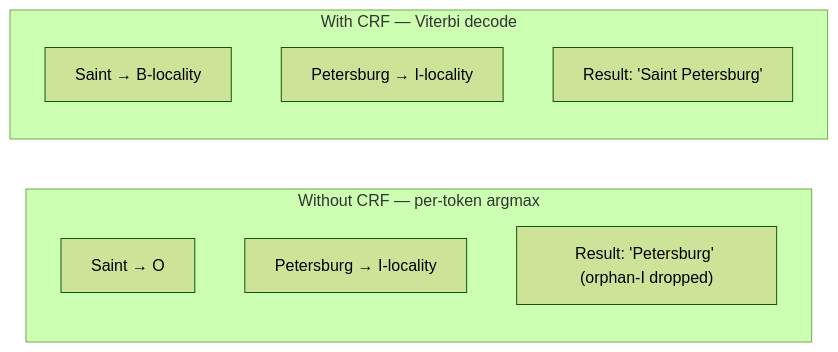
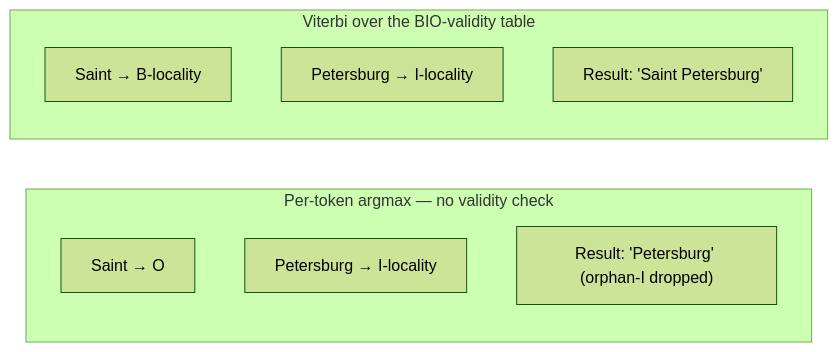
One commit to sister-software/mailwoman changed the diagram in docs/articles/concepts/bio-labels.mdx. Above: the diagram before and after it, drawn with Mermaid (forest theme). The commit also changed other lines of this file and 408 other files, not shown here.

````diff
--- a/docs/articles/concepts/bio-labels.mdx
+++ b/docs/articles/concepts/bio-labels.mdx
@@ -102,13 +114,13 @@
 ```mermaid
 flowchart LR
-    subgraph A[Without CRF — per-token argmax]
+    subgraph A[Per-token argmax — no validity check]
         A1["Saint → O"]
         A2["Petersburg → I-locality"]
         A3["Result: 'Petersburg' (orphan-I dropped)"]
     end
-    subgraph B[With CRF — Viterbi decode]
+    subgraph B[Viterbi over the BIO-validity table]
         B1["Saint → B-locality"]
         B2["Petersburg → I-locality"]
         B3["Result: 'Saint Petersburg'"]
     end
 ```
````
